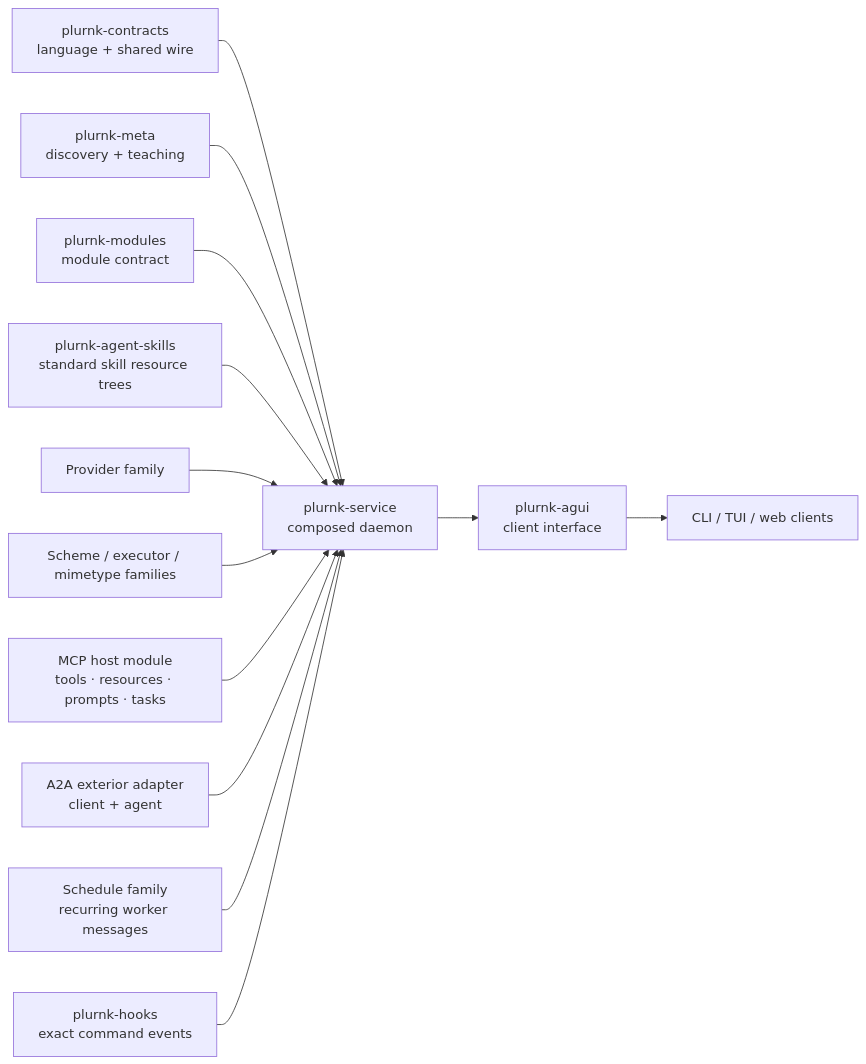
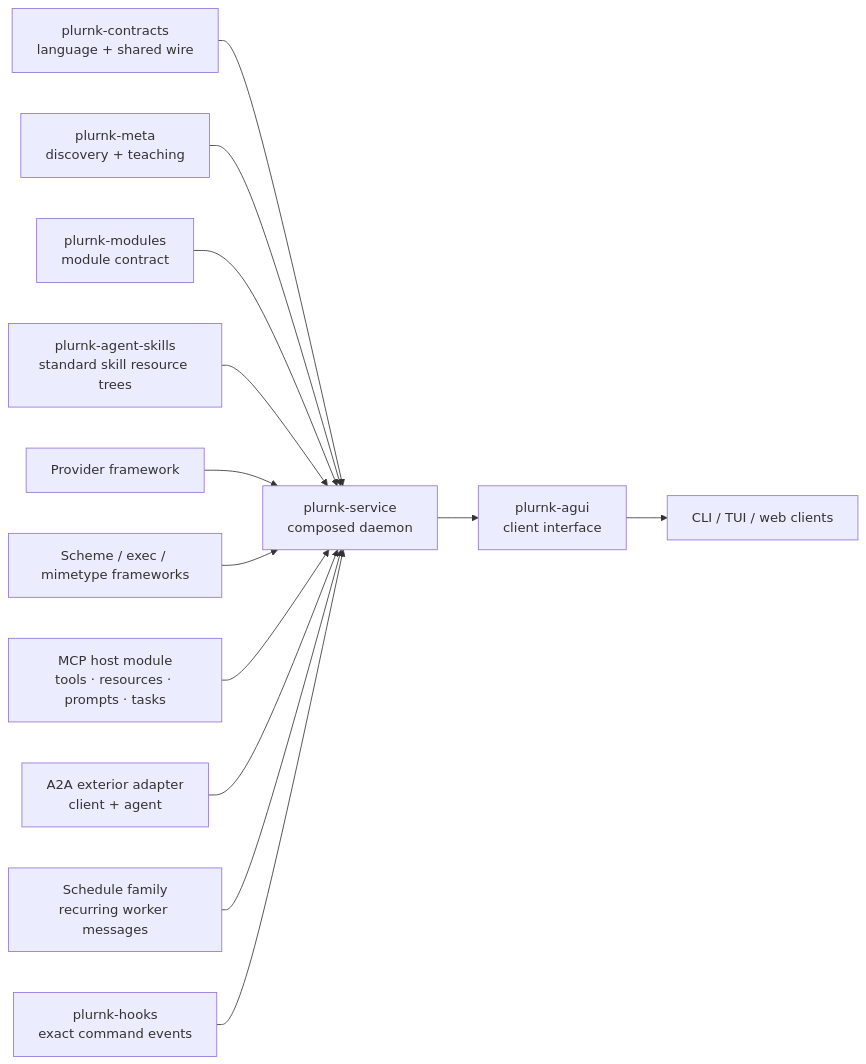
Before and after one commit to plurnk/plurnk-service: the second of 4 diagrams in ARCHITECTURE.md, drawn with Mermaid. The commit also changed other lines of this file and 93 other files, not shown here.

Commit message:
refactor(vocabulary): family names only core managers; leaf and grammar extension retire (#1009)

````diff
--- a/ARCHITECTURE.md
+++ b/ARCHITECTURE.md
@@ -41,16 +41,16 @@
 ```mermaid
 flowchart LR
     contracts["plurnk-contracts<br/>language + shared wire"] --> core
     meta["plurnk-meta<br/>discovery + teaching"] --> core
     modules["plurnk-modules<br/>module contract"] --> core
     skills["plurnk-agent-skills<br/>standard skill resource trees"] --> core
-    providers["Provider family"] --> core
-    capabilities["Scheme / executor / mimetype families"] --> core
+    providers["Provider framework"] --> core
+    frameworks["Scheme / exec / mimetype frameworks"] --> core
     mcp["MCP host module<br/>tools · resources · prompts · tasks"] --> core
     a2a["A2A exterior adapter<br/>client + agent"] --> core
     schedule["Schedule family<br/>recurring worker messages"] --> core
     hooks["plurnk-hooks<br/>exact command events"] --> core
     core["plurnk-service<br/>composed daemon"]
     core --> agui["plurnk-agui<br/>client interface"]
     agui --> clients["CLI / TUI / web clients"]
 ```
````
